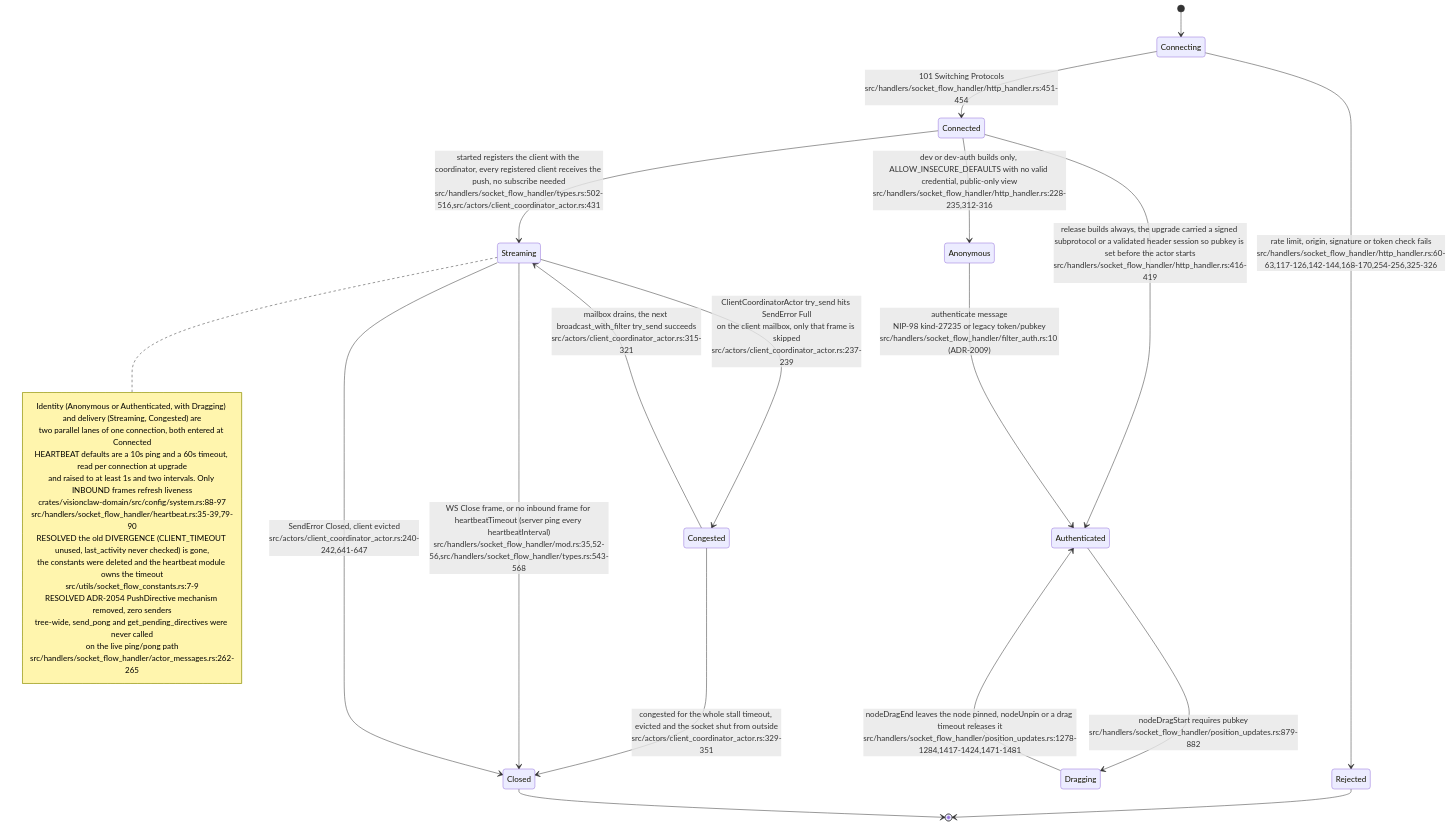
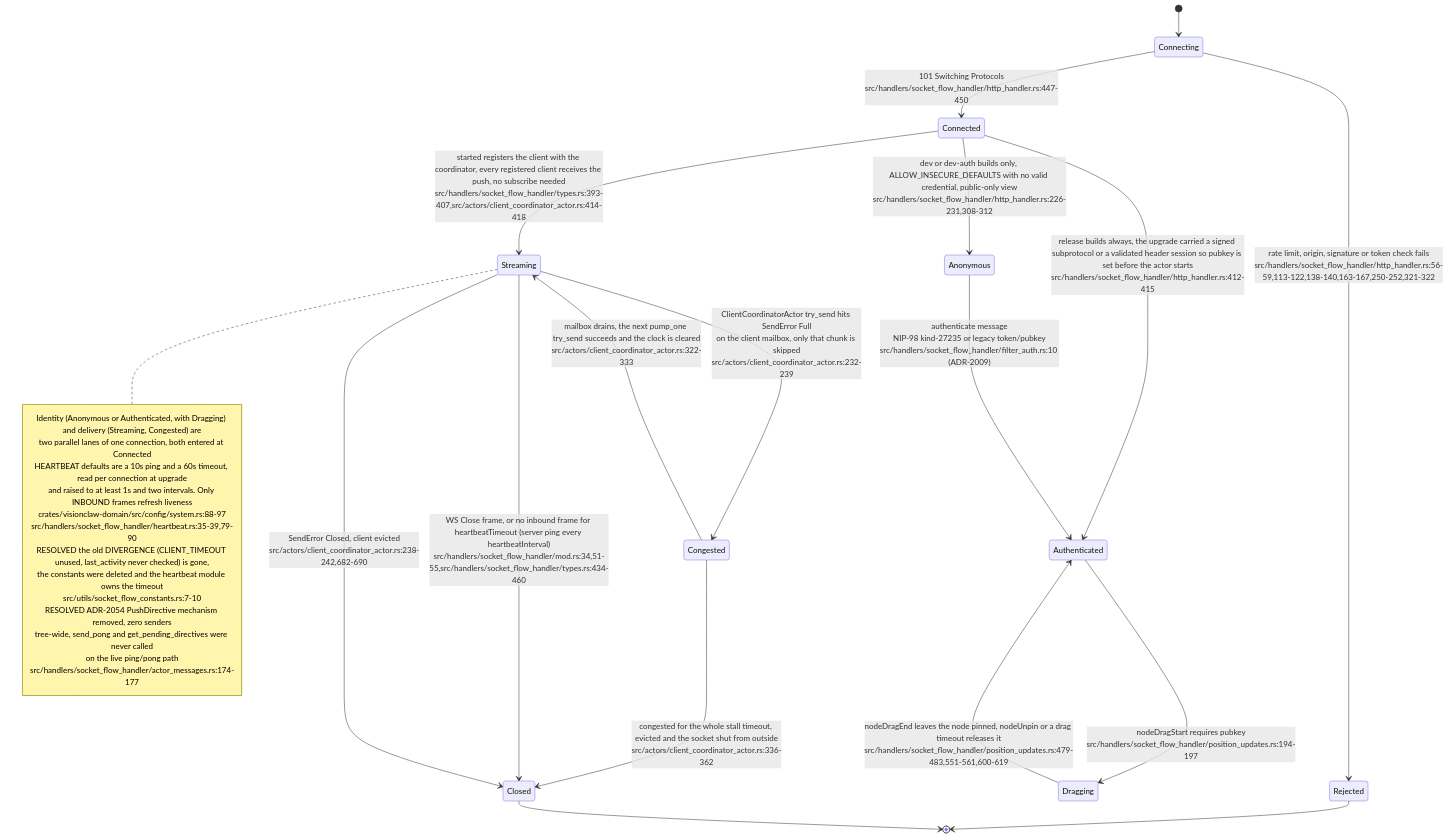
Before and after one commit to DreamLab-AI/VisionFlow: the eighth of 8 diagrams in docs/diagrams/visionclaw/13-broadcast-pipeline-and-websocket.md, drawn with Mermaid. The commit also changed other lines of this file and 160 other files, not shown here.

````diff
--- a/docs/diagrams/visionclaw/13-broadcast-pipeline-and-websocket.md
+++ b/docs/diagrams/visionclaw/13-broadcast-pipeline-and-websocket.md
@@ -487,39 +429,39 @@
 ```mermaid
 stateDiagram-v2
     [*] --> Connecting
-    Connecting --> Rejected: rate limit, origin, signature or token check fails<br/>src/handlers/socket_flow_handler/http_handler.rs:60-63,117-126,142-144,168-170,254-256,325-326
-    Connecting --> Connected: 101 Switching Protocols<br/>src/handlers/socket_flow_handler/http_handler.rs:451-454
+    Connecting --> Rejected: rate limit, origin, signature or token check fails<br/>src/handlers/socket_flow_handler/http_handler.rs:56-59,113-122,138-140,163-167,250-252,321-322
+    Connecting --> Connected: 101 Switching Protocols<br/>src/handlers/socket_flow_handler/http_handler.rs:447-450
     Rejected --> [*]
 
-    Connected --> Authenticated: release builds always, the upgrade carried a signed subprotocol or a validated header session so pubkey is set before the actor starts<br/>src/handlers/socket_flow_handler/http_handler.rs:416-419
-    Connected --> Anonymous: dev or dev-auth builds only, ALLOW_INSECURE_DEFAULTS with no valid credential, public-only view<br/>src/handlers/socket_flow_handler/http_handler.rs:228-235,312-316
+    Connected --> Authenticated: release builds always, the upgrade carried a signed subprotocol or a validated header session so pubkey is set before the actor starts<br/>src/handlers/socket_flow_handler/http_handler.rs:412-415
+    Connected --> Anonymous: dev or dev-auth builds only, ALLOW_INSECURE_DEFAULTS with no valid credential, public-only view<br/>src/handlers/socket_flow_handler/http_handler.rs:226-231,308-312
     Anonymous --> Authenticated: authenticate message<br/>NIP-98 kind-27235 or legacy token/pubkey<br/>src/handlers/socket_flow_handler/filter_auth.rs:10 (ADR-2009)
 
-    Authenticated --> Dragging: nodeDragStart requires pubkey<br/>src/handlers/socket_flow_handler/position_updates.rs:879-882
-    Dragging --> Authenticated: nodeDragEnd leaves the node pinned, nodeUnpin or a drag timeout releases it<br/>src/handlers/socket_flow_handler/position_updates.rs:1278-1284,1417-1424,1471-1481
+    Authenticated --> Dragging: nodeDragStart requires pubkey<br/>src/handlers/socket_flow_handler/position_updates.rs:194-197
+    Dragging --> Authenticated: nodeDragEnd leaves the node pinned, nodeUnpin or a drag timeout releases it<br/>src/handlers/socket_flow_handler/position_updates.rs:479-483,551-561,600-619
 
-    Connected --> Streaming: started registers the client with the coordinator, every registered client receives the push, no subscribe needed<br/>src/handlers/socket_flow_handler/types.rs:502-516,src/actors/client_coordinator_actor.rs:431
-    Streaming --> Congested: ClientCoordinatorActor try_send hits SendError Full<br/>on the client mailbox, only that frame is skipped<br/>src/actors/client_coordinator_actor.rs:237-239
-    Congested --> Streaming: mailbox drains, the next broadcast_with_filter try_send succeeds<br/>src/actors/client_coordinator_actor.rs:315-321
-    Congested --> Closed: congested for the whole stall timeout, evicted and the socket shut from outside<br/>src/actors/client_coordinator_actor.rs:329-351
+    Connected --> Streaming: started registers the client with the coordinator, every registered client receives the push, no subscribe needed<br/>src/handlers/socket_flow_handler/types.rs:393-407,src/actors/client_coordinator_actor.rs:414-418
+    Streaming --> Congested: ClientCoordinatorActor try_send hits SendError Full<br/>on the client mailbox, only that chunk is skipped<br/>src/actors/client_coordinator_actor.rs:232-239
+    Congested --> Streaming: mailbox drains, the next pump_one try_send succeeds and the clock is cleared<br/>src/actors/client_coordinator_actor.rs:322-333
+    Congested --> Closed: congested for the whole stall timeout, evicted and the socket shut from outside<br/>src/actors/client_coordinator_actor.rs:336-362
 
-    Streaming --> Closed: WS Close frame, or no inbound frame for heartbeatTimeout (server ping every heartbeatInterval)<br/>src/handlers/socket_flow_handler/mod.rs:35,52-56,src/handlers/socket_flow_handler/types.rs:543-568
-    Streaming --> Closed: SendError Closed, client evicted<br/>src/actors/client_coordinator_actor.rs:240-242,641-647
+    Streaming --> Closed: WS Close frame, or no inbound frame for heartbeatTimeout (server ping every heartbeatInterval)<br/>src/handlers/socket_flow_handler/mod.rs:34,51-55,src/handlers/socket_flow_handler/types.rs:434-460
+    Streaming --> Closed: SendError Closed, client evicted<br/>src/actors/client_coordinator_actor.rs:238-242,682-690
     Closed --> [*]
 
     note right of Streaming
         Identity (Anonymous or Authenticated, with Dragging) and delivery (Streaming, Congested) are
         two parallel lanes of one connection, both entered at Connected
         HEARTBEAT defaults are a 10s ping and a 60s timeout, read per connection at upgrade
         and raised to at least 1s and two intervals. Only INBOUND frames refresh liveness
         crates/visionclaw-domain/src/config/system.rs:88-97
         src/handlers/socket_flow_handler/heartbeat.rs:35-39,79-90
         RESOLVED the old DIVERGENCE (CLIENT_TIMEOUT unused, last_activity never checked) is gone,
         the constants were deleted and the heartbeat module owns the timeout
-        src/utils/socket_flow_constants.rs:7-9
+        src/utils/socket_flow_constants.rs:7-10
         RESOLVED ADR-2054 PushDirective mechanism removed, zero senders
         tree-wide, send_pong and get_pending_directives were never called
         on the live ping/pong path
-        src/handlers/socket_flow_handler/actor_messages.rs:262-265
+        src/handlers/socket_flow_handler/actor_messages.rs:174-177
     end note
 ```
````
